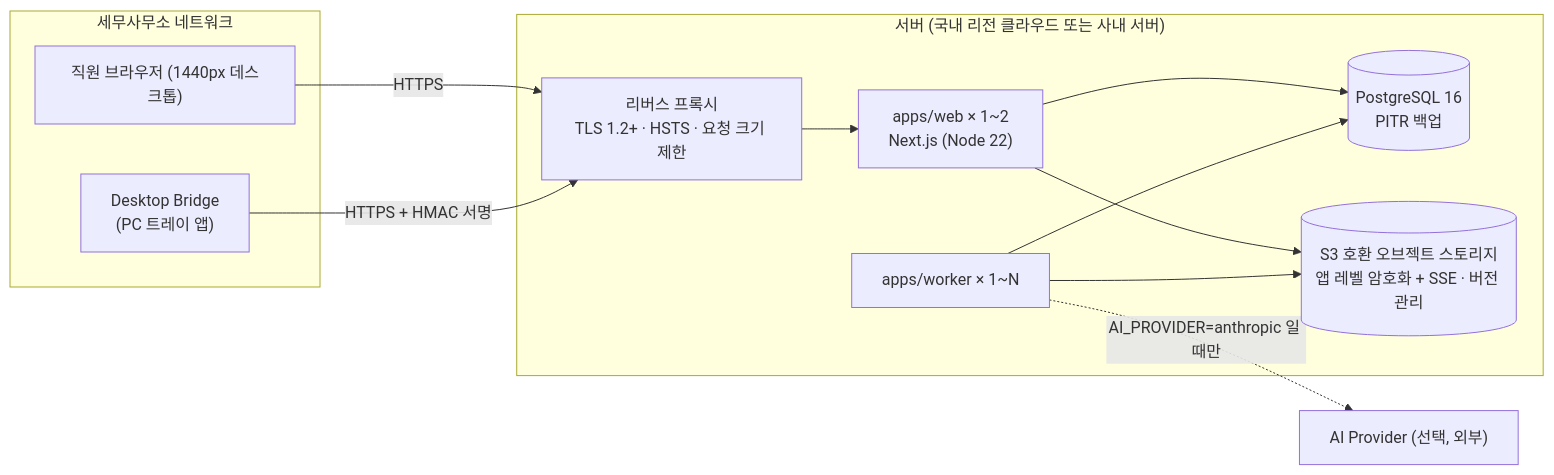
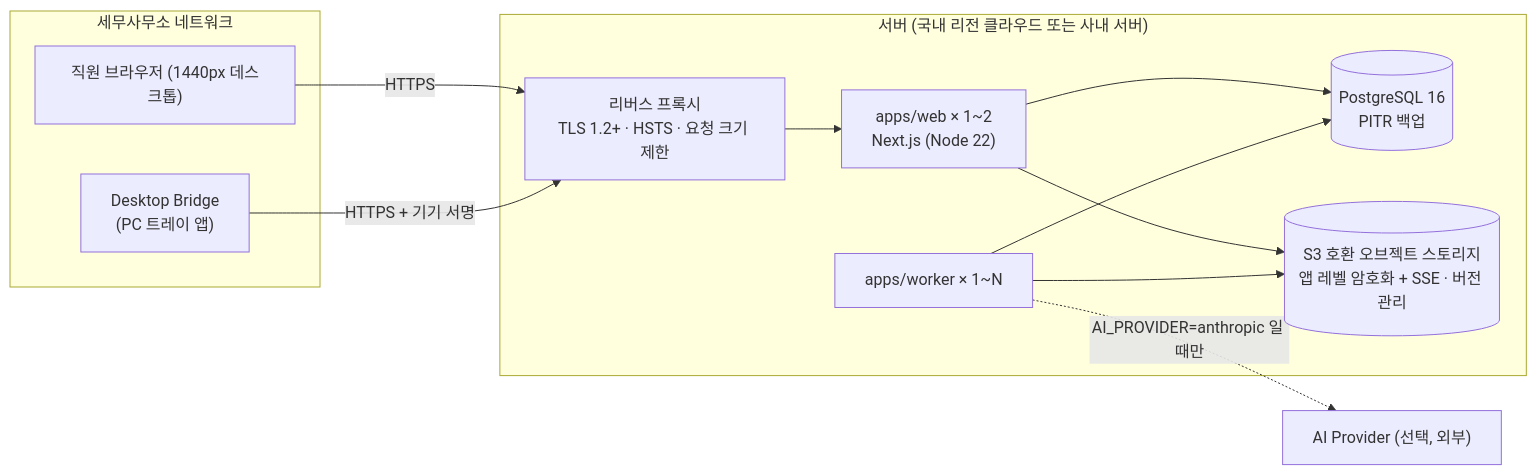
One commit to taxmin0812-netizen/cloudtest changed the ninth of 9 diagrams in docs/03-architecture.md. Above: the diagram before and after it, drawn with Mermaid. The commit also changed other lines of this file and 133 other files, not shown here.

````diff
--- a/docs/03-architecture.md
+++ b/docs/03-architecture.md
@@ -581,24 +635,24 @@
 ```mermaid
 flowchart LR
   subgraph OFFICE["세무사무소 네트워크"]
     B["직원 브라우저 (1440px 데스크톱)"]
     BR["Desktop Bridge<br/>(PC 트레이 앱)"]
   end
   subgraph SRV["서버 (국내 리전 클라우드 또는 사내 서버)"]
     RP["리버스 프록시<br/>TLS 1.2+ · HSTS · 요청 크기 제한"]
     WEB["apps/web × 1~2<br/>Next.js (Node 22)"]
     WK["apps/worker × 1~N"]
     PG[("PostgreSQL 16<br/>PITR 백업")]
     OBJ[("S3 호환 오브젝트 스토리지<br/>앱 레벨 암호화 + SSE · 버전 관리")]
   end
   AI["AI Provider (선택, 외부)"]
 
   B -- HTTPS --> RP
-  BR -- "HTTPS + HMAC 서명" --> RP
+  BR -- "HTTPS + 기기 서명" --> RP
   RP --> WEB
   WEB --> PG
   WK --> PG
   WEB --> OBJ
   WK --> OBJ
   WK -. "AI_PROVIDER=anthropic 일 때만" .-> AI
 ```
````
